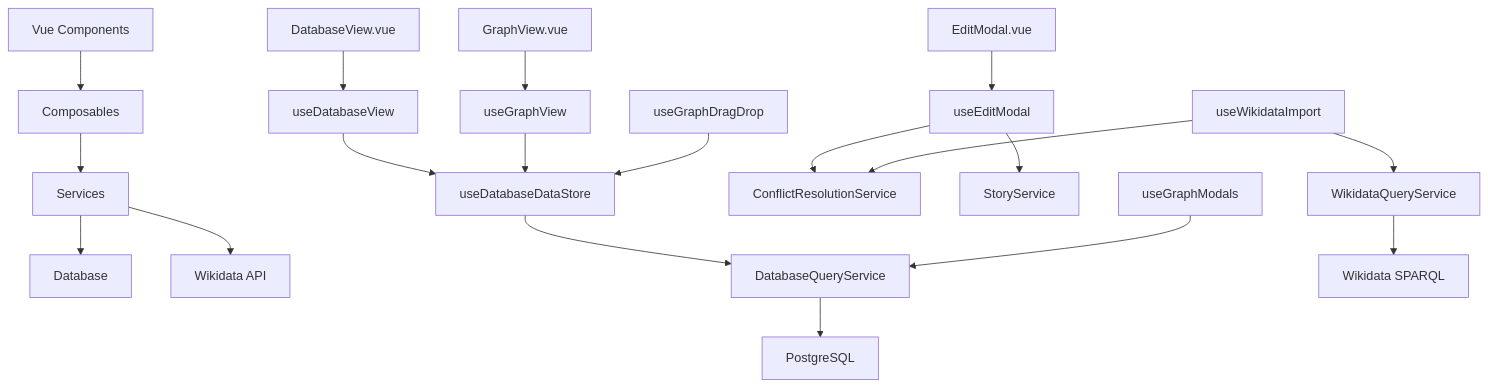
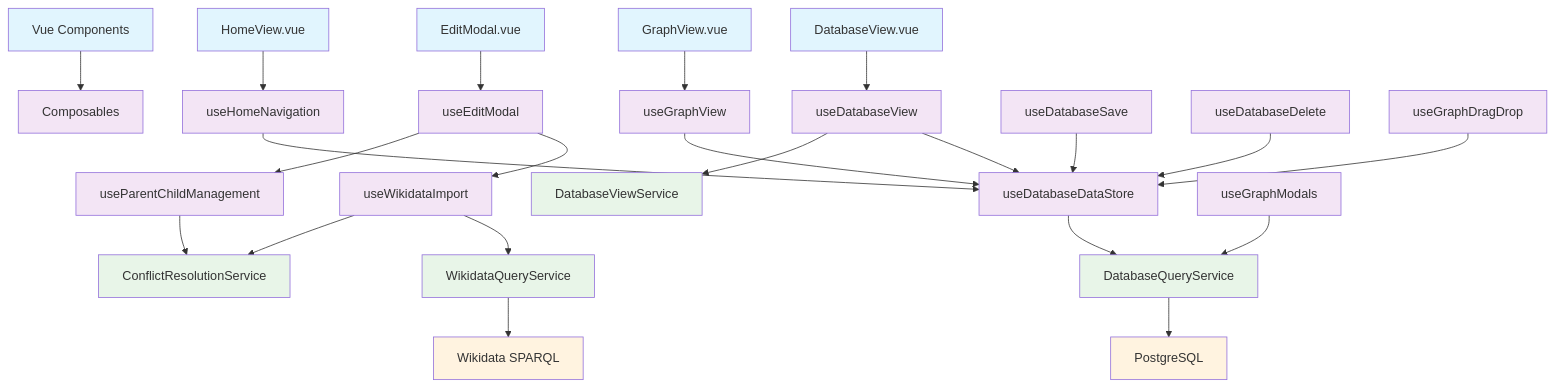
The diagram in Documentation-technique.md (flobutbut/UniversalTimeline), drawn with Mermaid before and after one commit. The commit also changed other lines of this file and 5 other files, not shown here.

````diff
--- a/Documentation-technique.md
+++ b/Documentation-technique.md
@@ -62,27 +65,44 @@
 ```mermaid
 graph TD
+    %% Composants Vue
     A[Vue Components] --> B[Composables]
-    B --> C[Services]
-    C --> D[Database]
-    C --> E[Wikidata API]
-    
     A1[DatabaseView.vue] --> B1[useDatabaseView]
     A2[GraphView.vue] --> B2[useGraphView]
     A3[EditModal.vue] --> B3[useEditModal]
+    A4[HomeView.vue] --> B4[useHomeNavigation]
     
-    B1 --> B4[useDatabaseDataStore]
-    B2 --> B4
-    B4 --> C1[DatabaseQueryService]
+    %% Composables
+    B1 --> B5[useDatabaseDataStore]
+    B2 --> B5
+    B3 --> B6[useWikidataImport]
+    B3 --> B7[useParentChildManagement]
+    B4 --> B5
+    B8[useDatabaseSave] --> B5
+    B9[useDatabaseDelete] --> B5
     
-    B3 --> C2[ConflictResolutionService]
-    B3 --> C3[StoryService]
+    %% Services
+    B5 --> C1[DatabaseQueryService]
+    B6 --> C2[WikidataQueryService]
+    B6 --> C3[ConflictResolutionService]
+    B7 --> C3
+    B1 --> C4[DatabaseViewService]
     
-    B5[useWikidataImport] --> C4[WikidataQueryService]
-    B5 --> C2
+    %% Drag & Drop et Modales
+    B10[useGraphDragDrop] --> B5
+    B11[useGraphModals] --> C1
     
-    B6[useGraphDragDrop] --> B4
-    B7[useGraphModals] --> C1
+    %% Base de données et APIs externes
+    C1 --> D1[PostgreSQL]
+    C2 --> E1[Wikidata SPARQL]
     
-    C1 --> D1[PostgreSQL]
-    C4 --> E1[Wikidata SPARQL]
+    %% Styles
+    classDef component fill:#e1f5fe
+    classDef composable fill:#f3e5f5
+    classDef service fill:#e8f5e8
+    classDef database fill:#fff3e0
+    
+    class A,A1,A2,A3,A4 component
+    class B,B1,B2,B3,B4,B5,B6,B7,B8,B9,B10,B11 composable
+    class C1,C2,C3,C4 service
+    class D1,E1 database
 ```
````
